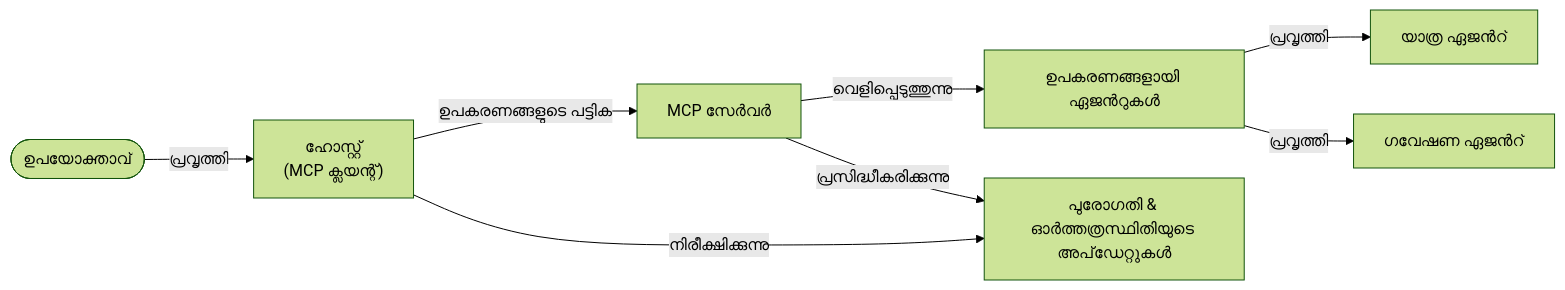
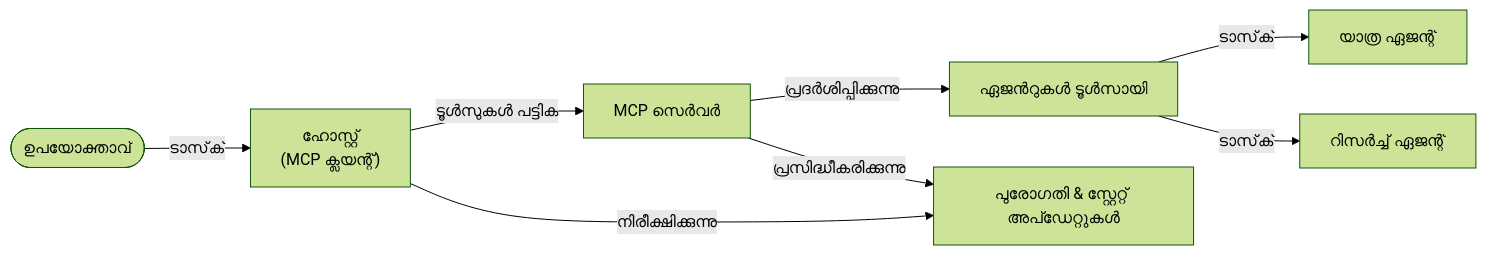
The fifth of 5 diagrams in mirrors/repos/microsoft@ai-agents-for-beginners/translations/ml/11-agentic-protocols/code_samples/mcp-agents/README.md (gabrielmoreira/agent-skills-mirror), drawn with Mermaid (forest theme) before and after one commit. The commit also changed other lines of this file and 4262 other files, not shown here.

````diff
--- a/mirrors/repos/microsoft@ai-agents-for-beginners/translations/ml/11-agentic-protocols/code_samples/mcp-agents/README.md
+++ b/mirrors/repos/microsoft@ai-agents-for-beginners/translations/ml/11-agentic-protocols/code_samples/mcp-agents/README.md
@@ -433,15 +448,15 @@
 ```mermaid
 graph LR
-    User([ഉപയോക്താവ്]) -->|"പ്രവൃത്തി"| Host["ഹോസ്റ്റ്<br/>(MCP ക്ലയന്റ്)"]
-    Host -->|ഉപകരണങ്ങളുടെ പട്ടിക| Server[MCP സേർവർ]
-    Server -->|വെളിപ്പെടുത്തുന്നു| AgentsTools[ഉപകരണങ്ങളായി ഏജൻറുകൾ]
-    AgentsTools -->|പ്രവൃത്തി| AgentA[യാത്ര ഏജൻറ്]
-    AgentsTools -->|പ്രവൃത്തി| AgentB[ഗവേഷണ ഏജൻറ്]
+    User([ഉപയോക്താവ്]) -->|"ടാസ്‌ക്"| Host["ഹോസ്റ്റ്<br/>(MCP ക്ലയന്റ്)"]
+    Host -->|ടൂൾസുകൾ പട്ടിക| Server[MCP സെർവർ]
+    Server -->|പ്രദർശിപ്പിക്കുന്നു| AgentsTools[ഏജൻറുകൾ ടൂൾസായി]
+    AgentsTools -->|ടാസ്‌ക്| AgentA[യാത്ര ഏജന്റ്]
+    AgentsTools -->|ടാസ്‌ക്| AgentB[റിസർച്ച് ഏജന്റ്]
 
-    Host -->|നിരീക്ഷിക്കുന്നു| StateUpdates[പുരോഗതി & ഓർത്തത്രസ്ഥിതിയുടെ അപ്‌ഡേറ്റുകൾ]
+    Host -->|നിരീക്ഷിക്കുന്നു| StateUpdates[പുരോഗതി & സ്റ്റേറ്റ് അപ്ഡേറ്റുകൾ]
     Server -->|പ്രസിദ്ധീകരിക്കുന്നു| StateUpdates
 
     class User user;
     class AgentA,AgentB agent;
     class Host,Server,StateUpdates core;
 ```
````
